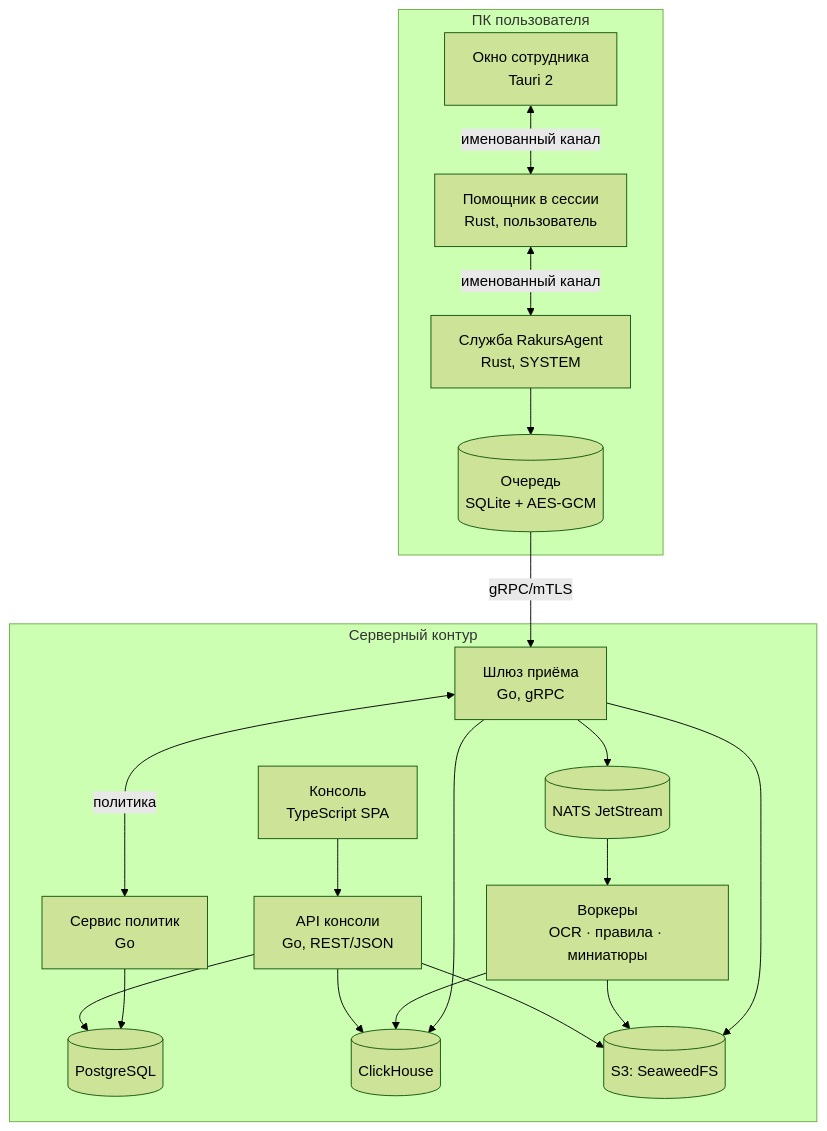
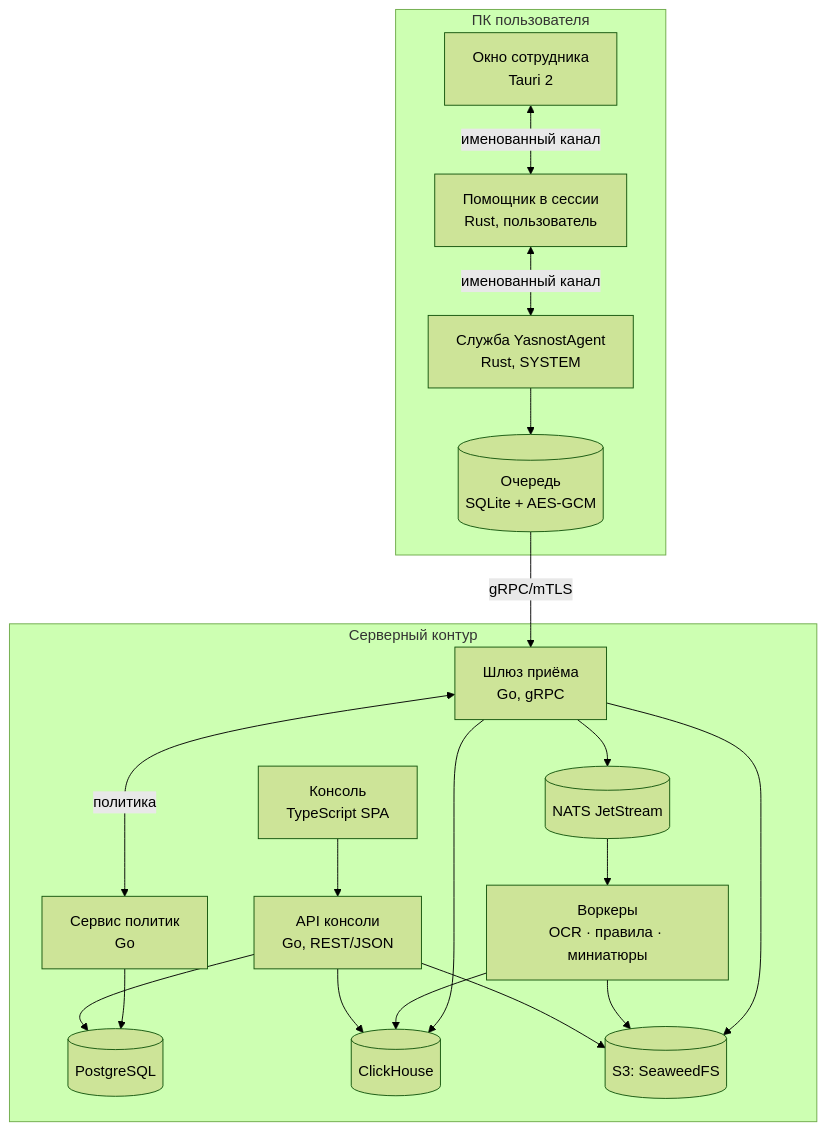
Before and after one commit to Nyrokume/rakurs-docs: the second of 5 diagrams in content/architecture.md, drawn with Mermaid (forest theme). The commit also changed other lines of this file and 27 other files, not shown here.

````diff
--- a/content/architecture.md
+++ b/content/architecture.md
@@ -26,36 +28,36 @@
 ```mermaid Из чего состоит система
 flowchart TB
   subgraph PC[ПК пользователя]
-    svc[Служба RakursAgent<br/>Rust, SYSTEM]
+    svc[Служба YasnostAgent<br/>Rust, SYSTEM]
     hlp[Помощник в сессии<br/>Rust, пользователь]
     ui[Окно сотрудника<br/>Tauri 2]
     q[(Очередь<br/>SQLite + AES-GCM)]
     hlp <-- именованный канал --> svc
     ui <-- именованный канал --> hlp
     svc --> q
   end
   subgraph SRV[Серверный контур]
     gw[Шлюз приёма<br/>Go, gRPC]
     api[API консоли<br/>Go, REST/JSON]
     pol[Сервис политик<br/>Go]
     wk[Воркеры<br/>OCR · правила · миниатюры]
     nats[(NATS JetStream)]
     pg[(PostgreSQL)]
     ch[(ClickHouse)]
     s3[(S3: SeaweedFS)]
     web[Консоль<br/>TypeScript SPA]
   end
   q -- gRPC/mTLS --> gw
   gw --> ch
   gw --> s3
   gw --> nats
   nats --> wk
   wk --> ch
   wk --> s3
   pol --> pg
   gw <-- политика --> pol
   api --> pg
   api --> ch
   api --> s3
   web --> api
 ```
````
